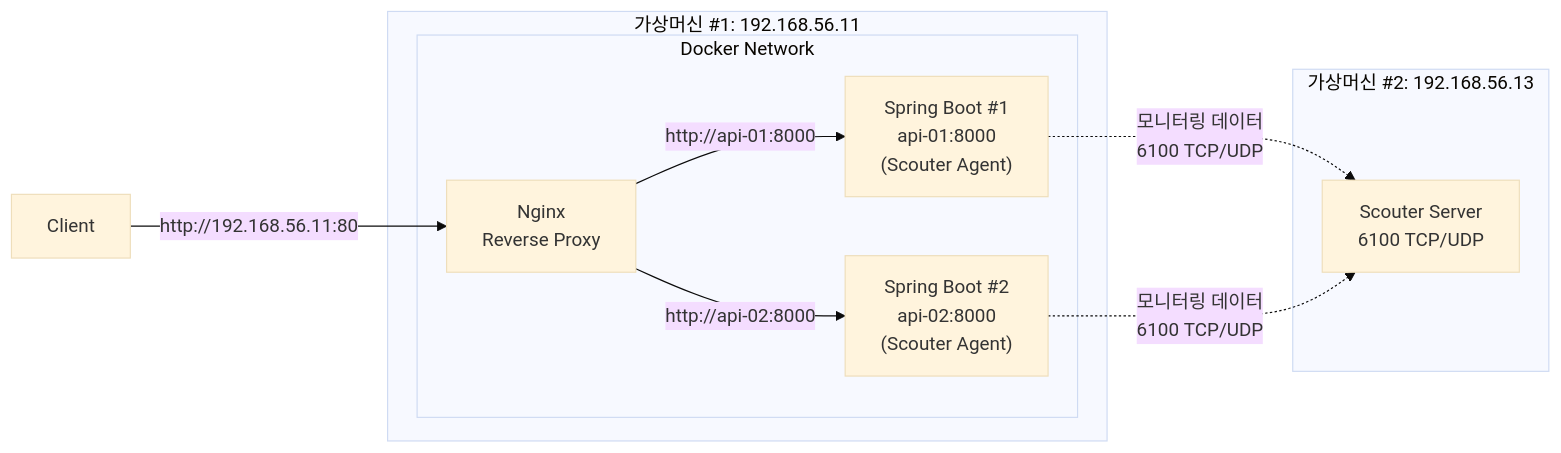
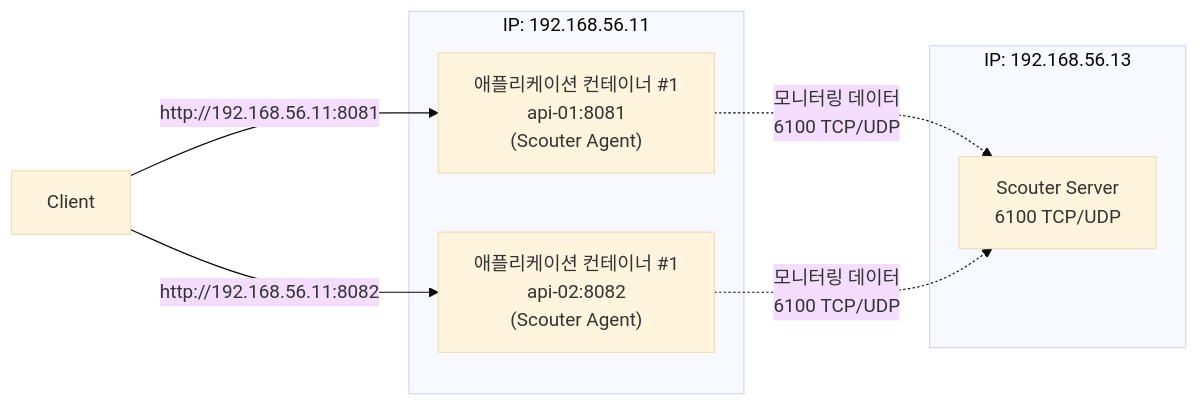
One commit to sanghoon-lee/sanghoon-lee.github.io changed the diagram in _posts/2026-07-26-paygerduty.md. Above: the diagram before and after it, drawn with Mermaid (base theme). The commit also changed other lines of this file and 1 other file, not shown here.

Commit message:
스카우터 포스팅 2편 리라이팅

````diff
--- a/_posts/2026-07-26-paygerduty.md
+++ b/_posts/2026-07-26-paygerduty.md
@@ -255,25 +257,19 @@
 ```mermaid
 flowchart LR
     Client["Client"]
 
-    subgraph VM1["가상머신 #1: 192.168.56.11"]
-        subgraph DockerNetwork["Docker Network"]
-            Nginx["Nginx<br/>Reverse Proxy"]
-
-            App1["Spring Boot #1<br/>api-01:8000<br/>(Scouter Agent)"]
-            App2["Spring Boot #2<br/>api-02:8000<br/>(Scouter Agent)"]
-
-            Nginx -->|"http://api-01:8000"| App1
-            Nginx -->|"http://api-02:8000"| App2
-        end
+    subgraph VM1["IP: 192.168.56.11"]
+        App1["애플리케이션 컨테이너 #1<br/>api-01:8081<br/>(Scouter Agent)"]
+        App2["애플리케이션 컨테이너 #1<br/>api-02:8082<br/>(Scouter Agent)"]
     end
 
-    subgraph VM2["가상머신 #2: 192.168.56.13"]
+    subgraph VM2["IP: 192.168.56.13"]
         Scouter["Scouter Server<br/>6100 TCP/UDP"]
     end
 
-    Client -->|"http://192.168.56.11:80"| Nginx
+    Client -->|"http://192.168.56.11:8081"| App1
+    Client -->|"http://192.168.56.11:8082"| App2
 
     App1 -.->|"모니터링 데이터<br/>6100 TCP/UDP"| Scouter
     App2 -.->|"모니터링 데이터<br/>6100 TCP/UDP"| Scouter
 ```
````
